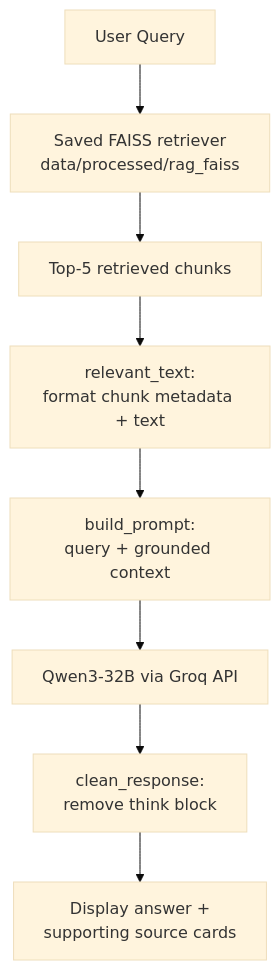
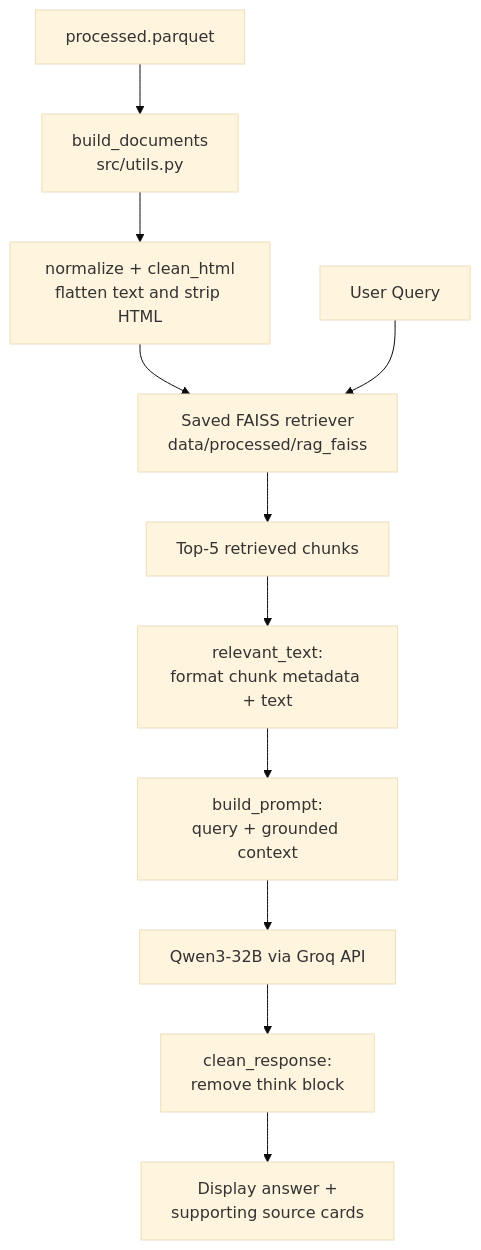
The first of 2 diagrams in README.md (iangault/product-search-rag), drawn with Mermaid (base theme) before and after one commit. The commit also changed other lines of this file and 1 other file, not shown here.

````diff
--- a/README.md
+++ b/README.md
@@ -33,10 +33,13 @@
 ```mermaid
 flowchart TD
-    A[User Query] --> B[Saved FAISS retriever<br/>data/processed/rag_faiss]
+    P[processed.parquet] --> Q[build_documents<br/>src/utils.py]
+    Q --> R[normalize + clean_html<br/>flatten text and strip HTML]
+    R --> B[Saved FAISS retriever<br/>data/processed/rag_faiss]
+    A[User Query] --> B
     B --> C[Top-5 retrieved chunks]
     C --> D[relevant_text:<br/>format chunk metadata + text]
     D --> E[build_prompt:<br/>query + grounded context]
     E --> F[Qwen3-32B via Groq API]
     F --> G[clean_response:<br/>remove think block]
     G --> H[Display answer +<br/>supporting source cards]
 ```
````
